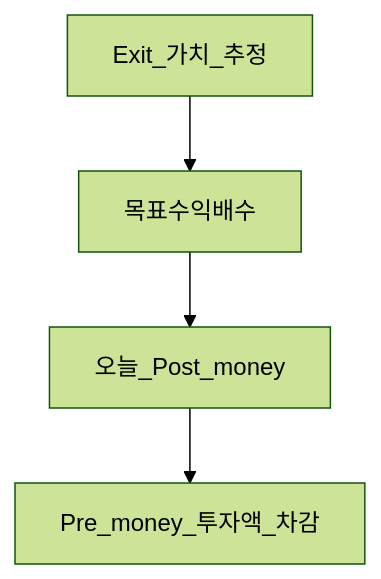
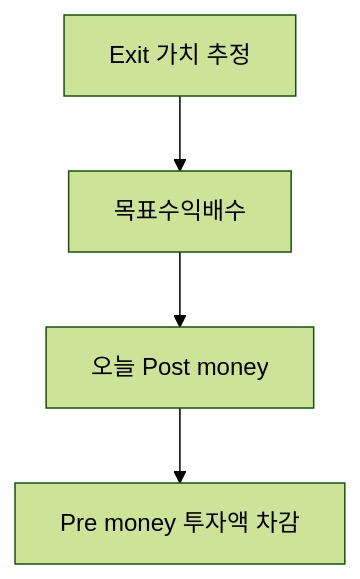
One commit to goldanghenry/Finances changed the third of 5 diagrams in 09-corporate-finance/startup-valuation-vc.md. Above: the diagram before and after it, drawn with Mermaid (forest theme). The commit also changed other lines of this file and 211 other files, not shown here.

````diff
--- a/09-corporate-finance/startup-valuation-vc.md
+++ b/09-corporate-finance/startup-valuation-vc.md
@@ -145,6 +159,6 @@
 ```mermaid
 flowchart TD
-  ExitVal[Exit_가치_추정] --> Ret[목표수익배수]
-  Ret --> PostToday[오늘_Post_money]
-  PostToday --> PreToday[Pre_money_투자액_차감]
+  ExitVal["Exit 가치 추정"] --> Ret[목표수익배수]
+  Ret --> PostToday["오늘 Post money"]
+  PostToday --> PreToday["Pre money 투자액 차감"]
 ```
````
